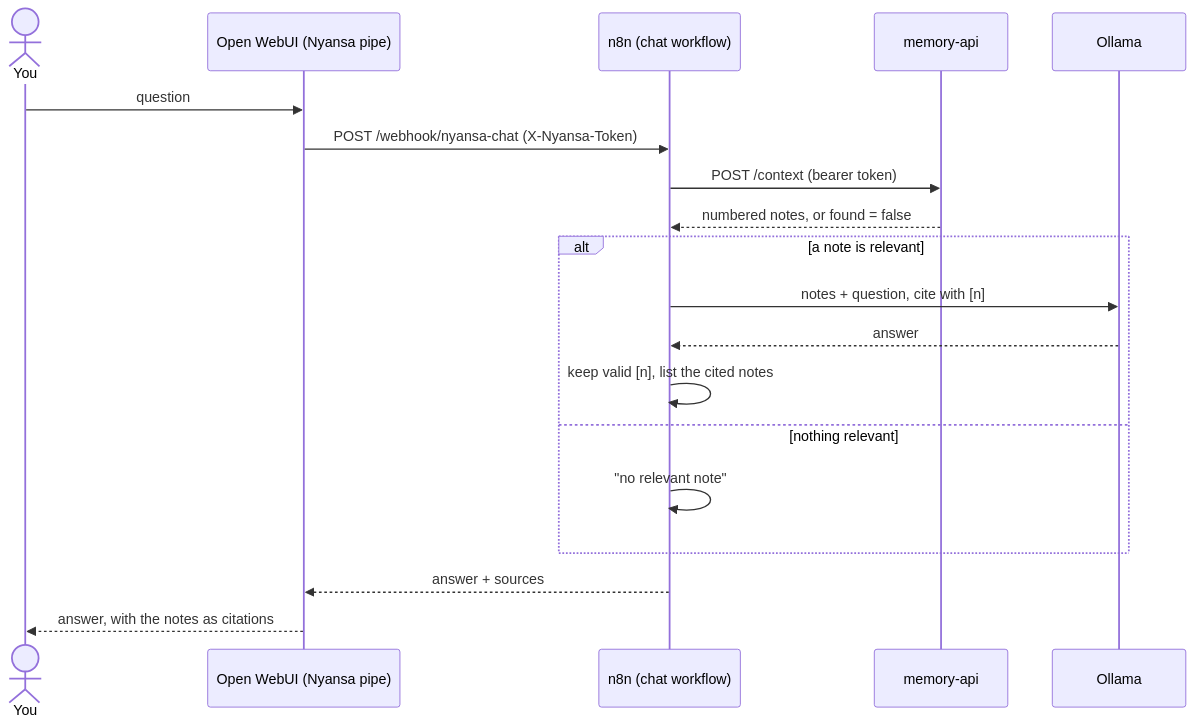
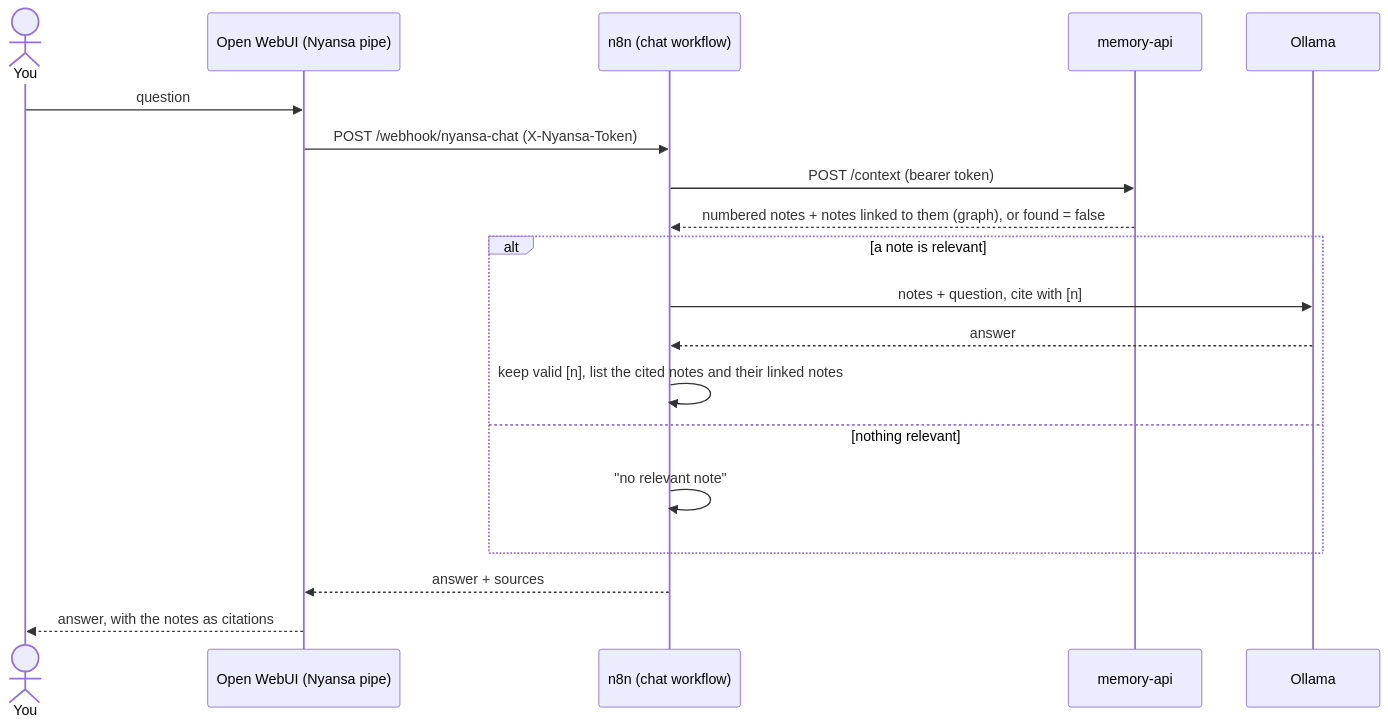
One commit to Geobatpo07/nyansa changed the second of 2 diagrams in README.md. Above: the diagram before and after it, drawn with Mermaid. The commit also changed other lines of this file and 2 other files, not shown here.

First line of the commit message:
docs: describe the graph memory, its API and its lock

````diff
--- a/README.md
+++ b/README.md
@@ -90,21 +97,21 @@
 ```mermaid
 sequenceDiagram
     actor You
     participant W as Open WebUI (Nyansa pipe)
     participant N as n8n (chat workflow)
     participant M as memory-api
     participant O as Ollama
     You->>W: question
     W->>N: POST /webhook/nyansa-chat (X-Nyansa-Token)
     N->>M: POST /context (bearer token)
-    M-->>N: numbered notes, or found = false
+    M-->>N: numbered notes + notes linked to them (graph), or found = false
     alt a note is relevant
         N->>O: notes + question, cite with [n]
         O-->>N: answer
-        N->>N: keep valid [n], list the cited notes
+        N->>N: keep valid [n], list the cited notes and their linked notes
     else nothing relevant
         N->>N: "no relevant note"
     end
     N-->>W: answer + sources
     W-->>You: answer, with the notes as citations
 ```
````
